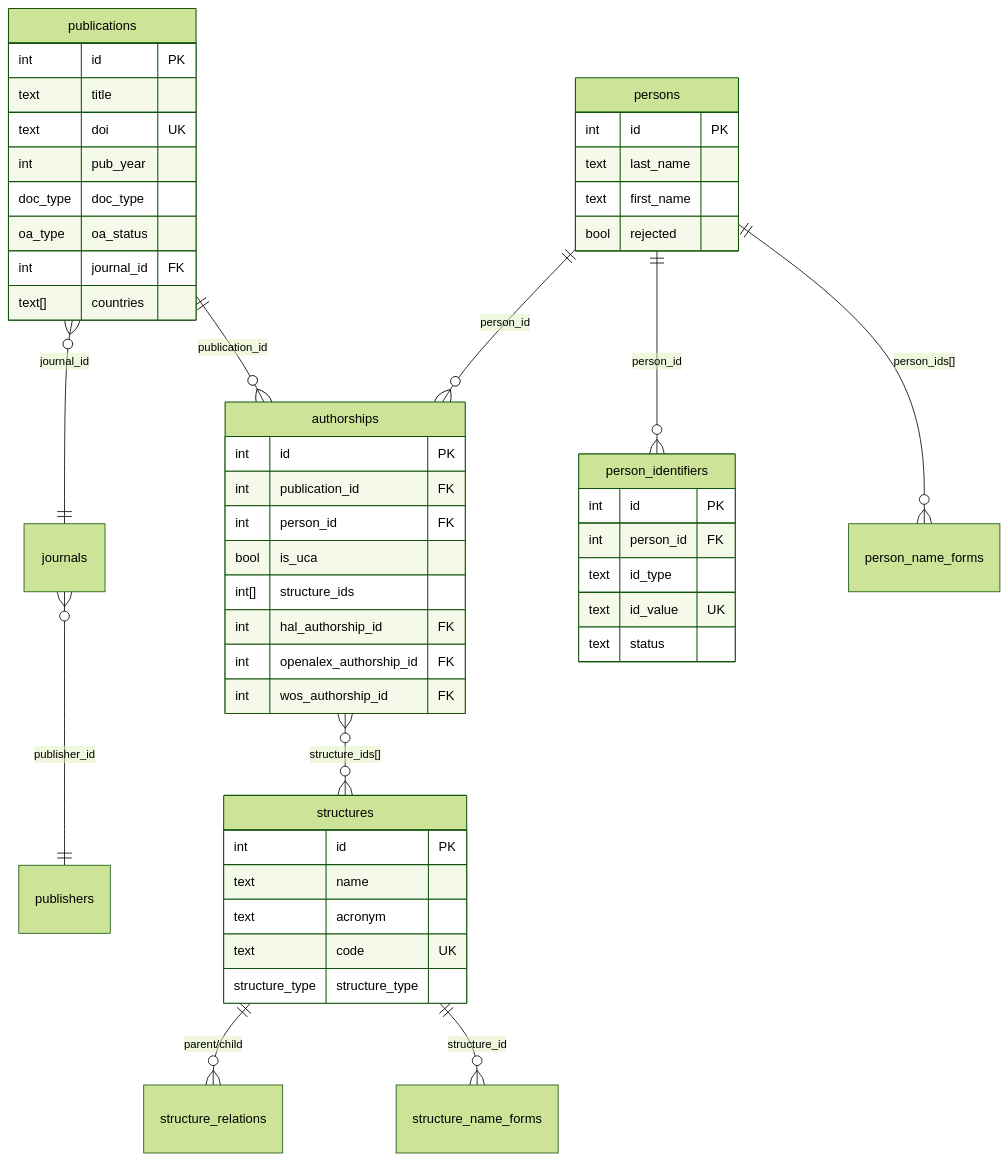
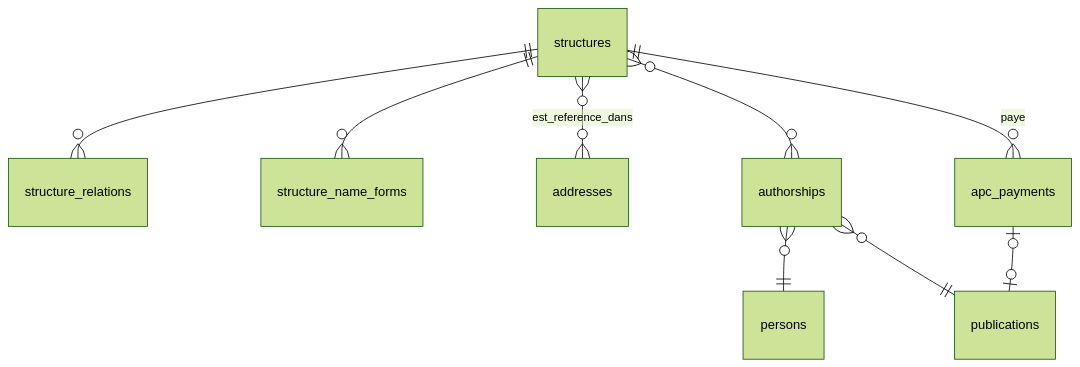
The sixth of 6 diagrams in docs/architecture.md (Y33sha/bibliometrie-uca), drawn with Mermaid (forest theme) before and after one commit. The commit also changed other lines of this file and 11 other files, not shown here.

````diff
--- a/docs/architecture.md
+++ b/docs/architecture.md
@@ -31,54 +217,11 @@
 ```mermaid
 erDiagram
-    publications }o--|| journals : "journal_id"
-    journals }o--|| publishers : "publisher_id"
-    publications ||--o{ authorships : "publication_id"
-    persons ||--o{ authorships : "person_id"
-    persons ||--o{ person_identifiers : "person_id"
-    persons ||--o{ person_name_forms : "person_ids[]"
-    
-    authorships }o--o{ structures : "structure_ids[]"
-    structures ||--o{ structure_relations : "parent/child"
-    structures ||--o{ structure_name_forms : "structure_id"
-
-    publications {
-        int id PK
-        text title
-        text doi UK
-        int pub_year
-        doc_type doc_type
-        oa_type oa_status
-        int journal_id FK
-        text[] countries
-    }
-    persons {
-        int id PK
-        text last_name
-        text first_name
-        bool rejected
-    }
-    authorships {
-        int id PK
-        int publication_id FK
-        int person_id FK
-        bool is_uca
-        int[] structure_ids
-        int hal_authorship_id FK
-        int openalex_authorship_id FK
-        int wos_authorship_id FK
-    }
-    person_identifiers {
-        int id PK
-        int person_id FK
-        text id_type
-        text id_value UK
-        text status
-    }
-    structures {
-        int id PK
-        text name
-        text acronym
-        text code UK
-        structure_type structure_type
-    }
+    structures ||--o{ structure_relations : ""
+    structures ||--o{ structure_name_forms : ""
+    structures }o--o{ addresses : "est_reference_dans"
+    structures }o--o{ authorships : ""
+    structures ||--o{ apc_payments : "paye"
+    authorships }o--|| persons : ""
+    authorships }o--|| publications : ""
+    apc_payments |o--o| publications : ""
 ```
````
